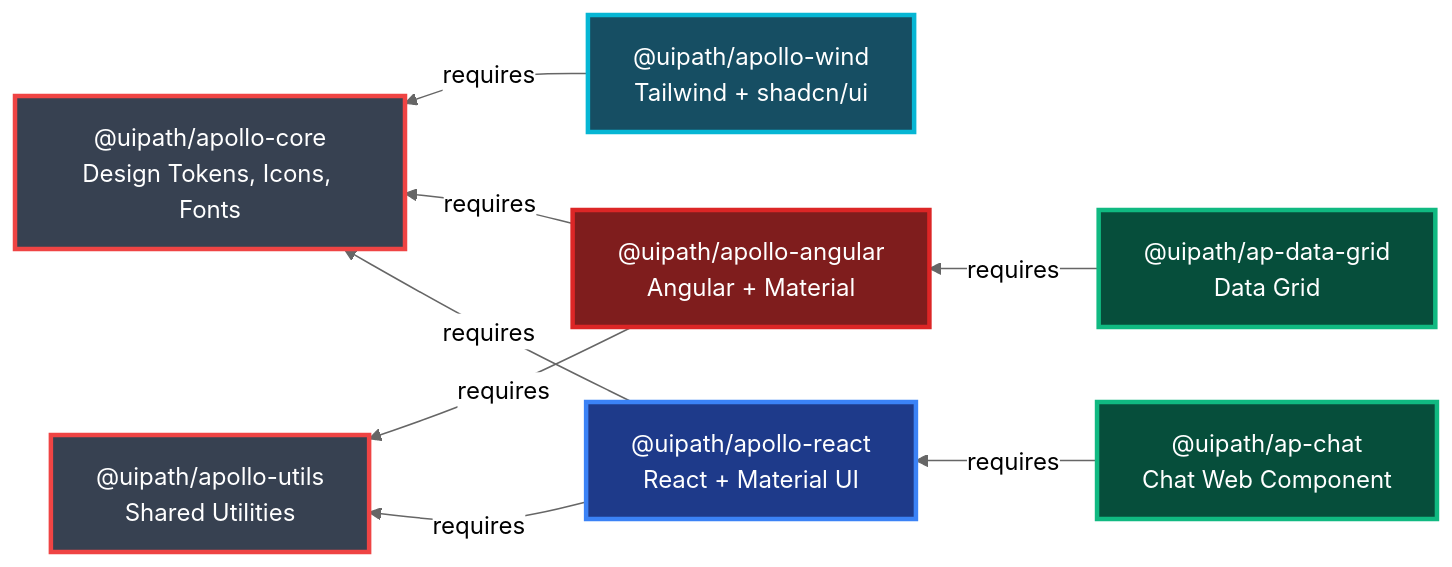
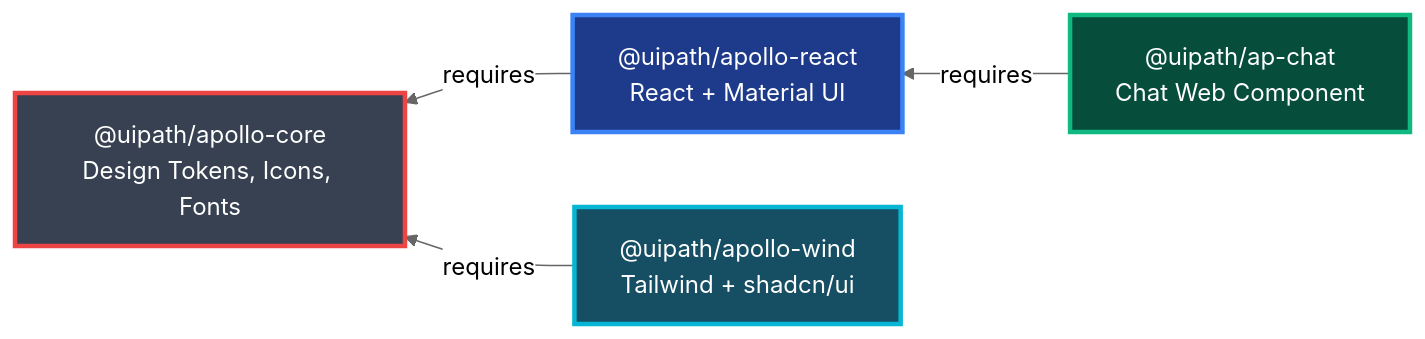
The diagram in README.md (UiPath/apollo-ui), drawn with Mermaid (neutral theme) before and after one commit. The commit also changed other lines of this file and 46 other files, not shown here.

````diff
--- a/README.md
+++ b/README.md
@@ -40,19 +39,11 @@
 ```mermaid
 graph RL
     React["@uipath/apollo-react<br/>React + Material UI"] -->|requires| Core["@uipath/apollo-core<br/>Design Tokens, Icons, Fonts"]
-    Angular["@uipath/apollo-angular<br/>Angular + Material"] -->|requires| Core
     Wind["@uipath/apollo-wind<br/>Tailwind + shadcn/ui"] -->|requires| Core
     Chat["@uipath/ap-chat<br/>Chat Web Component"] -->|requires| React
-    Grid["@uipath/ap-data-grid<br/>Data Grid"] -->|requires| Angular
-
-    React -->|requires| Utils["@uipath/apollo-utils<br/>Shared Utilities"]
-    Angular -->|requires| Utils
 
     style Core fill:#374151,stroke:#ef4444,stroke-width:3px,color:#fff
-    style Utils fill:#374151,stroke:#ef4444,stroke-width:3px,color:#fff
     style React fill:#1e3a8a,stroke:#3b82f6,stroke-width:3px,color:#fff
-    style Angular fill:#7f1d1d,stroke:#dc2626,stroke-width:3px,color:#fff
     style Wind fill:#164e63,stroke:#06b6d4,stroke-width:3px,color:#fff
     style Chat fill:#064e3b,stroke:#10b981,stroke-width:3px,color:#fff
-    style Grid fill:#064e3b,stroke:#10b981,stroke-width:3px,color:#fff
 ```
````
